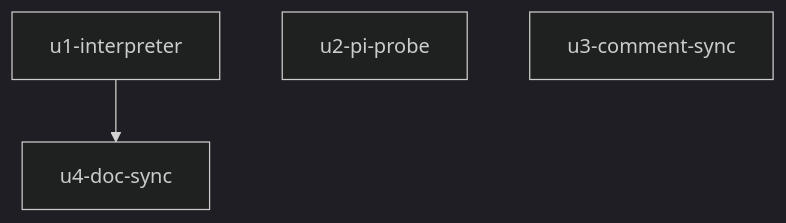
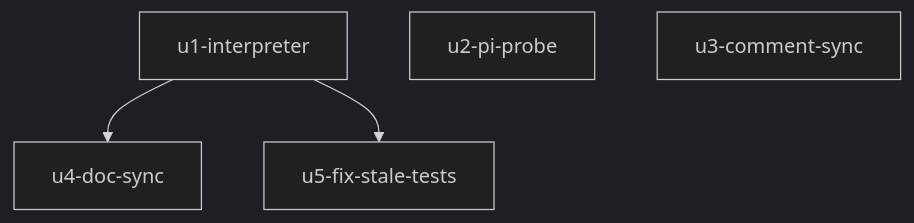
The diagram in docs/design/genstats-speed-llm-window.impl-plan.md (zhushanwen321/xyz-agent), drawn with Mermaid (dark theme) before and after one commit. The commit also changed other lines of this file and 3 other files, not shown here.

````diff
--- a/docs/design/genstats-speed-llm-window.impl-plan.md
+++ b/docs/design/genstats-speed-llm-window.impl-plan.md
@@ -35,6 +36,7 @@
 ```mermaid
 graph TD
   u1[u1-interpreter] --> u4[u4-doc-sync]
   u2[u2-pi-probe]
   u3[u3-comment-sync]
+  u1 --> u5[u5-fix-stale-tests]
 ```
````
